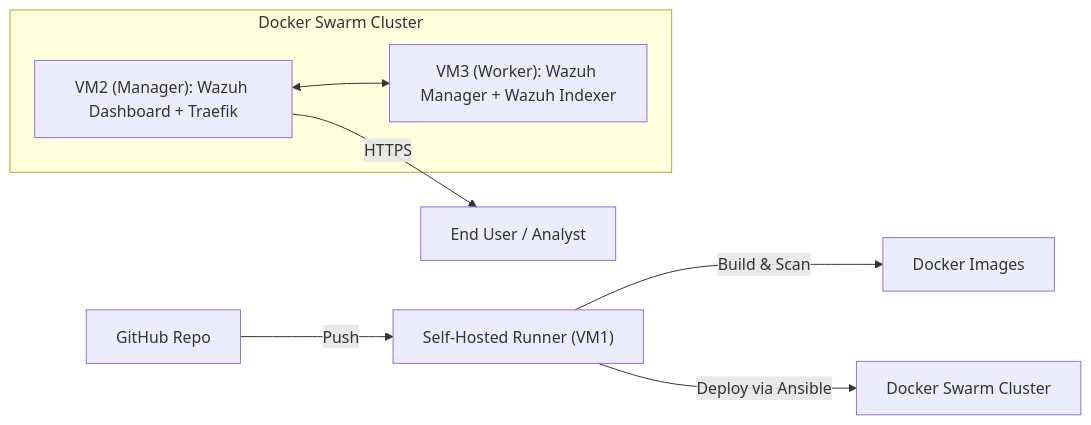
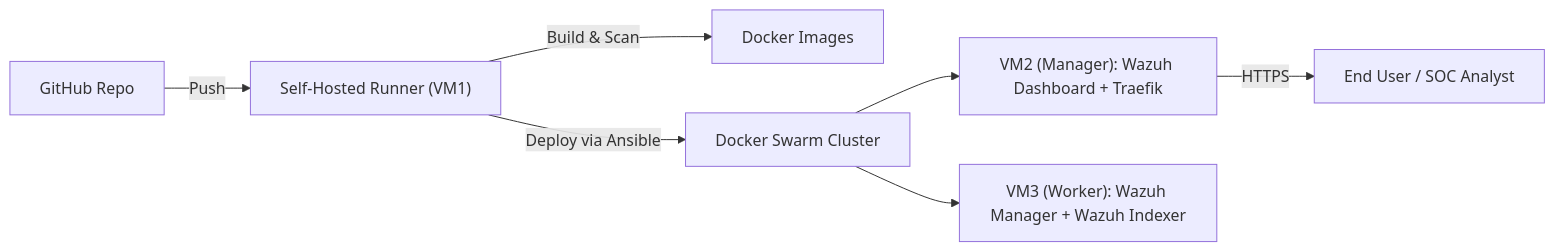
The diagram in README.md (AshBloom12/Mini_SOC), drawn with Mermaid before and after one commit. The commit also changed 4 other files, not shown here.

````diff
--- a/README.md
+++ b/README.md
@@ -30,14 +30,9 @@
 ```mermaid
 flowchart LR
     GH[GitHub Repo] -->|Push| Runner["Self-Hosted Runner (VM1)"]
     Runner -->|Build & Scan| DockerImages["Docker Images"]
     Runner -->|Deploy via Ansible| Swarm["Docker Swarm Cluster"]
-
-    subgraph Cluster ["Docker Swarm Cluster"]
-        VM2["VM2 (Manager): Wazuh Dashboard + Traefik"]
-        VM3["VM3 (Worker): Wazuh Manager + Wazuh Indexer"]
-    end
-
-    VM2 <--> VM3
-    VM2 -->|HTTPS| User["End User / Analyst"]
+    Swarm --> VM2["VM2 (Manager): Wazuh Dashboard + Traefik"]
+    Swarm --> VM3["VM3 (Worker): Wazuh Manager + Wazuh Indexer"]
+    VM2 -->|HTTPS| User["End User / SOC Analyst"]
 ```
````
